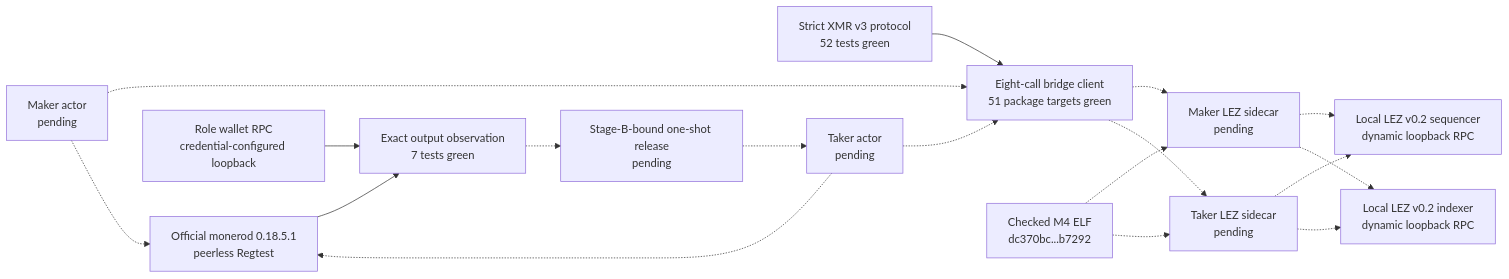
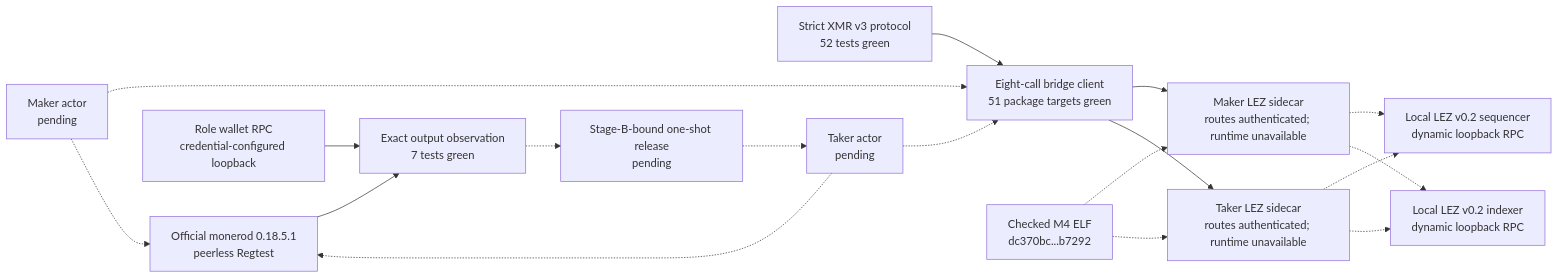
Before and after one commit to gateway-fm/lez-atomic-swaps: the third of 12 diagrams in docs/architecture/deployment-components-and-rpcs.md, drawn with Mermaid. The commit also changed other lines of this file and 12 other files, not shown here.

Commit message:
feat(m4): expose fail-closed XMR sidecar routes

````diff
--- a/docs/architecture/deployment-components-and-rpcs.md
+++ b/docs/architecture/deployment-components-and-rpcs.md
@@ -171,20 +171,20 @@
 ```mermaid
 flowchart LR
     Protocol["Strict XMR v3 protocol<br/>52 tests green"] --> Client["Eight-call bridge client<br/>51 package targets green"]
-    CheckedElf["Checked M4 ELF<br/>dc370bc...b7292"] -.-> MakerSidecar["Maker LEZ sidecar<br/>pending"]
-    CheckedElf -.-> TakerSidecar["Taker LEZ sidecar<br/>pending"]
+    CheckedElf["Checked M4 ELF<br/>dc370bc...b7292"] -.-> MakerSidecar["Maker LEZ sidecar<br/>routes authenticated; runtime unavailable"]
+    CheckedElf -.-> TakerSidecar["Taker LEZ sidecar<br/>routes authenticated; runtime unavailable"]
     MakerActor["Maker actor<br/>pending"] -.-> Client
     TakerActor["Taker actor<br/>pending"] -.-> Client
-    Client -.-> MakerSidecar
-    Client -.-> TakerSidecar
+    Client --> MakerSidecar
+    Client --> TakerSidecar
     MakerSidecar -.-> Sequencer["Local LEZ v0.2 sequencer<br/>dynamic loopback RPC"]
     TakerSidecar -.-> Sequencer
     MakerSidecar -.-> Indexer["Local LEZ v0.2 indexer<br/>dynamic loopback RPC"]
     TakerSidecar -.-> Indexer
     Monerod["Official monerod 0.18.5.1<br/>peerless Regtest"] --> Observation["Exact output observation<br/>7 tests green"]
     WalletRpc["Role wallet RPC<br/>credential-configured loopback"] --> Observation
     Observation -.-> Release["Stage-B-bound one-shot release<br/>pending"]
     Release -.-> TakerActor
     MakerActor -.-> Monerod
     TakerActor -.-> Monerod
 ```
````
